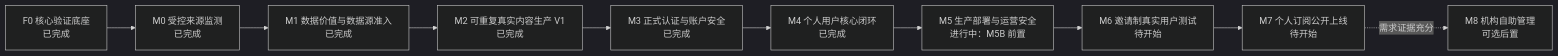
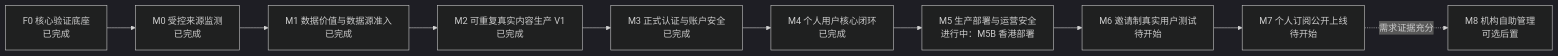
The diagram in docs/10-implementation-plan.md (daiphoon/dealflow-radar), drawn with Mermaid (dark theme) before and after one commit. The commit also changed other lines of this file and 9 other files, not shown here.

````diff
--- a/docs/10-implementation-plan.md
+++ b/docs/10-implementation-plan.md
@@ -23,12 +23,12 @@
 ```mermaid
 flowchart LR
     F0["F0 核心验证底座<br/>已完成"] --> M0["M0 受控来源监测<br/>已完成"]
     M0 --> M1["M1 数据价值与数据源准入<br/>已完成"]
     M1 --> M2["M2 可重复真实内容生产 V1<br/>已完成"]
     M2 --> M3["M3 正式认证与账户安全<br/>已完成"]
     M3 --> M4["M4 个人用户核心闭环<br/>已完成"]
-    M4 --> M5["M5 生产部署与运营安全<br/>进行中：M5B 前置"]
+    M4 --> M5["M5 生产部署与运营安全<br/>进行中：M5B 香港部署"]
     M5 --> M6["M6 邀请制真实用户测试<br/>待开始"]
     M6 --> M7["M7 个人订阅公开上线<br/>待开始"]
     M7 -."需求证据充分".-> M8["M8 机构自助管理<br/>可选后置"]
 ```
````
